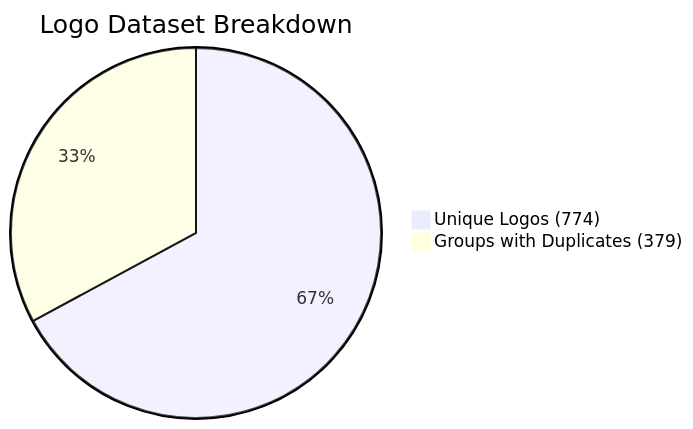
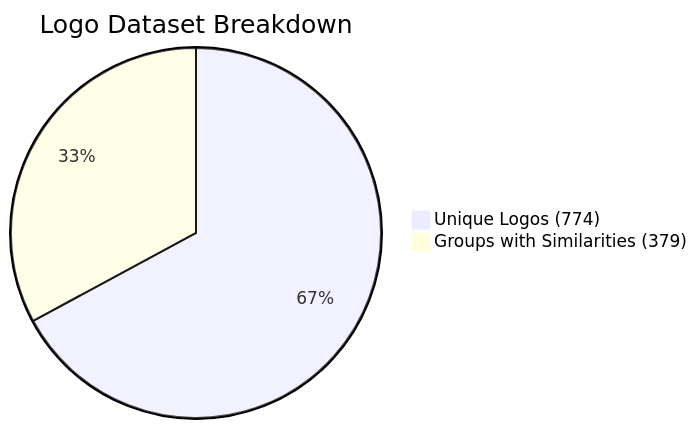
One commit to andreilazu/logo_extract changed the second of 4 diagrams in README.md. Above: the diagram before and after it, drawn with Mermaid. The commit also changed other lines of this file, not shown here.

Commit message:
Update README to reflect groups with similarities

````diff
--- a/README.md
+++ b/README.md
@@ -8,5 +8,5 @@
 ```mermaid
 pie title Logo Dataset Breakdown
     "Unique Logos (774)" : 774
-    "Groups with Duplicates (379)" : 379
+    "Groups with Similarities (379)" : 379
 ```
````
